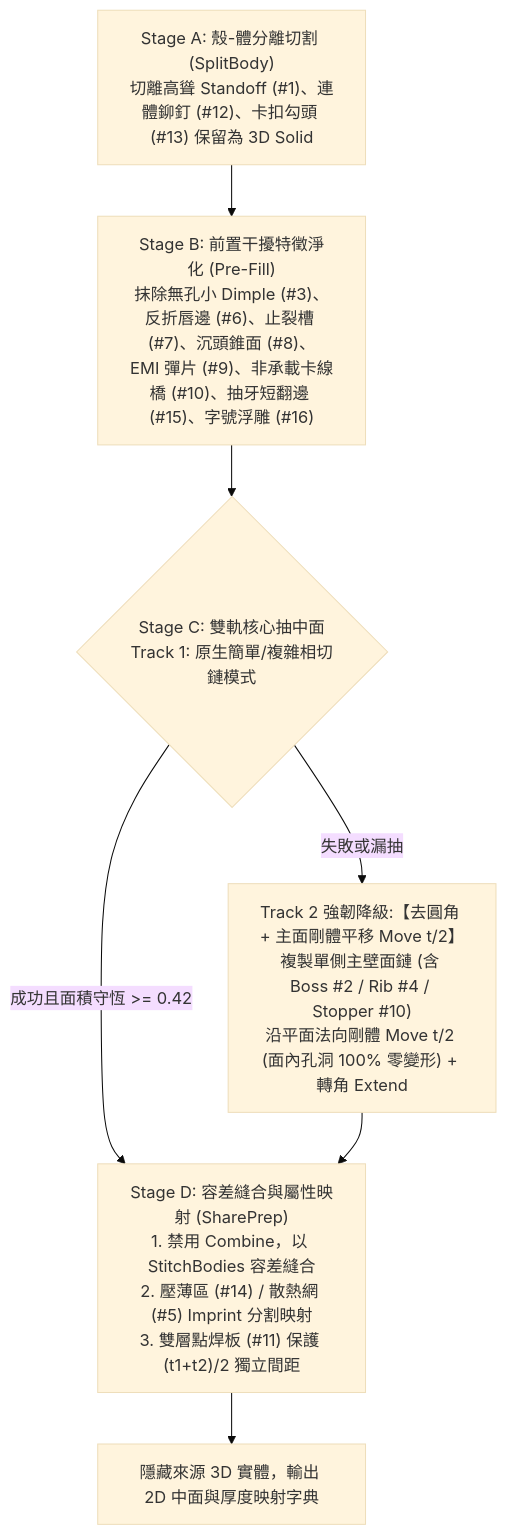
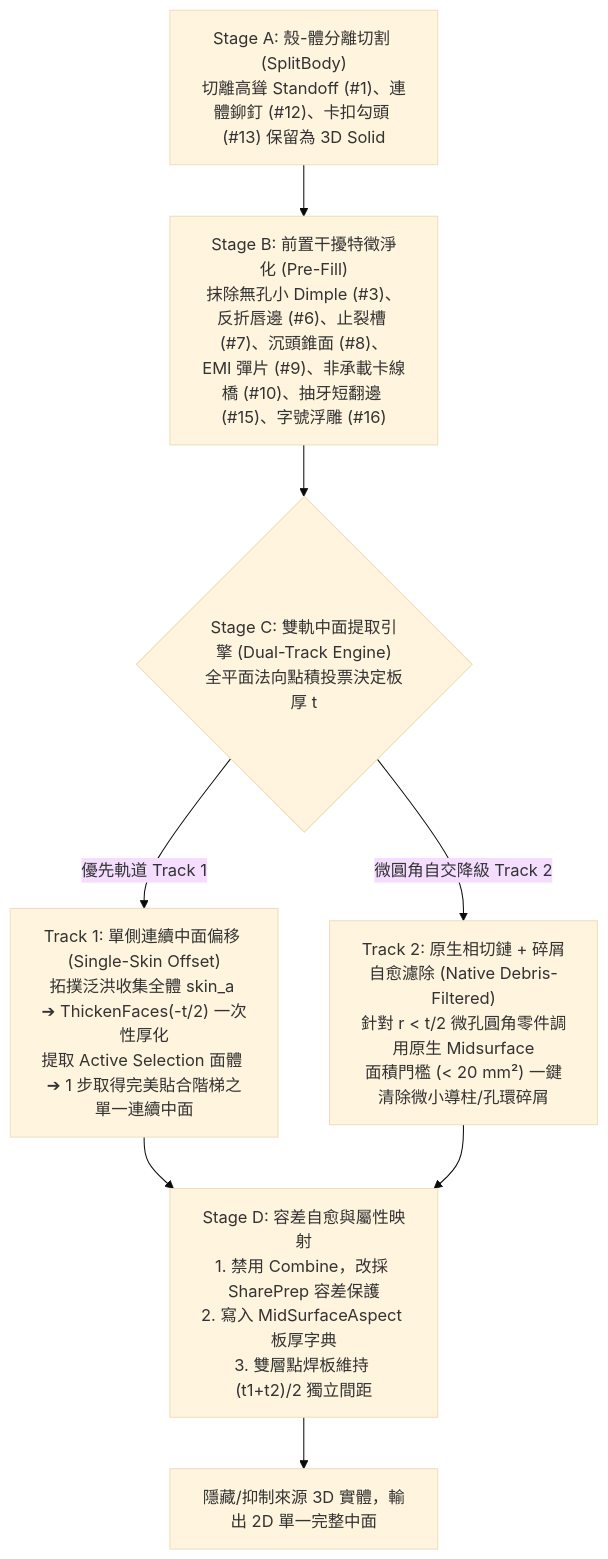
One commit to ikaros0902/ansys-unified-mcp changed the diagram in agents/skills/ansys-spaceclaim-midsurface/SKILL.md. Above: the diagram before and after it, drawn with Mermaid (base theme). The commit also changed 5 other files, not shown here.

````diff
--- a/agents/skills/ansys-spaceclaim-midsurface/SKILL.md
+++ b/agents/skills/ansys-spaceclaim-midsurface/SKILL.md
@@ -16,9 +16,10 @@
 ```mermaid
 flowchart TD
     A["Stage A: 殼-體分離切割 (SplitBody)<br/>切離高聳 Standoff (#1)、連體鉚釘 (#12)、卡扣勾頭 (#13) 保留為 3D Solid"] --> B["Stage B: 前置干擾特徵淨化 (Pre-Fill)<br/>抹除無孔小 Dimple (#3)、反折唇邊 (#6)、止裂槽 (#7)、沉頭錐面 (#8)、<br/>EMI 彈片 (#9)、非承載卡線橋 (#10)、抽牙短翻邊 (#15)、字號浮雕 (#16)"]
-    B --> C{"Stage C: 雙軌核心抽中面<br/>Track 1: 原生簡單/複雜相切鏈模式"}
-    C -->|成功且面積守恆 >= 0.42| D["Stage D: 容差縫合與屬性映射 (SharePrep)<br/>1. 禁用 Combine，以 StitchBodies 容差縫合<br/>2. 壓薄區 (#14) / 散熱網 (#5) Imprint 分割映射<br/>3. 雙層點焊板 (#11) 保護 (t1+t2)/2 獨立間距"]
-    C -->|失敗或漏抽| E["Track 2 強韌降級:【去圓角 + 主面剛體平移 Move t/2】<br/>複製單側主壁面鏈 (含 Boss #2 / Rib #4 / Stopper #10)<br/>沿平面法向剛體 Move t/2 (面內孔洞 100% 零變形) + 轉角 Extend"]
-    E --> D
-    D --> F["隱藏來源 3D 實體，輸出 2D 中面與厚度映射字典"]
+    B --> C{"Stage C: 雙軌中面提取引擎 (Dual-Track Engine)<br/>全平面法向點積投票決定板厚 t"}
+    C -->|優先軌道 Track 1| T1["Track 1: 單側連續中面偏移 (Single-Skin Offset)<br/>拓撲泛洪收集全體 skin_a ➔ ThickenFaces(-t/2) 一次性厚化<br/>提取 Active Selection 面體 ➔ 1 步取得完美貼合階梯之單一連續中面"]
+    C -->|微圓角自交降級 Track 2| T2["Track 2: 原生相切鏈 + 碎屑自愈濾除 (Native Debris-Filtered)<br/>針對 r < t/2 微孔圓角零件調用原生 Midsurface<br/>面積門檻 (< 20 mm²) 一鍵清除微小導柱/孔環碎屑"]
+    T1 --> D["Stage D: 容差自愈與屬性映射<br/>1. 禁用 Combine，改採 SharePrep 容差保護<br/>2. 寫入 MidSurfaceAspect 板厚字典<br/>3. 雙層點焊板維持 (t1+t2)/2 獨立間距"]
+    T2 --> D
+    D --> F["隱藏/抑制來源 3D 實體，輸出 2D 單一完整中面"]
 ```
````
